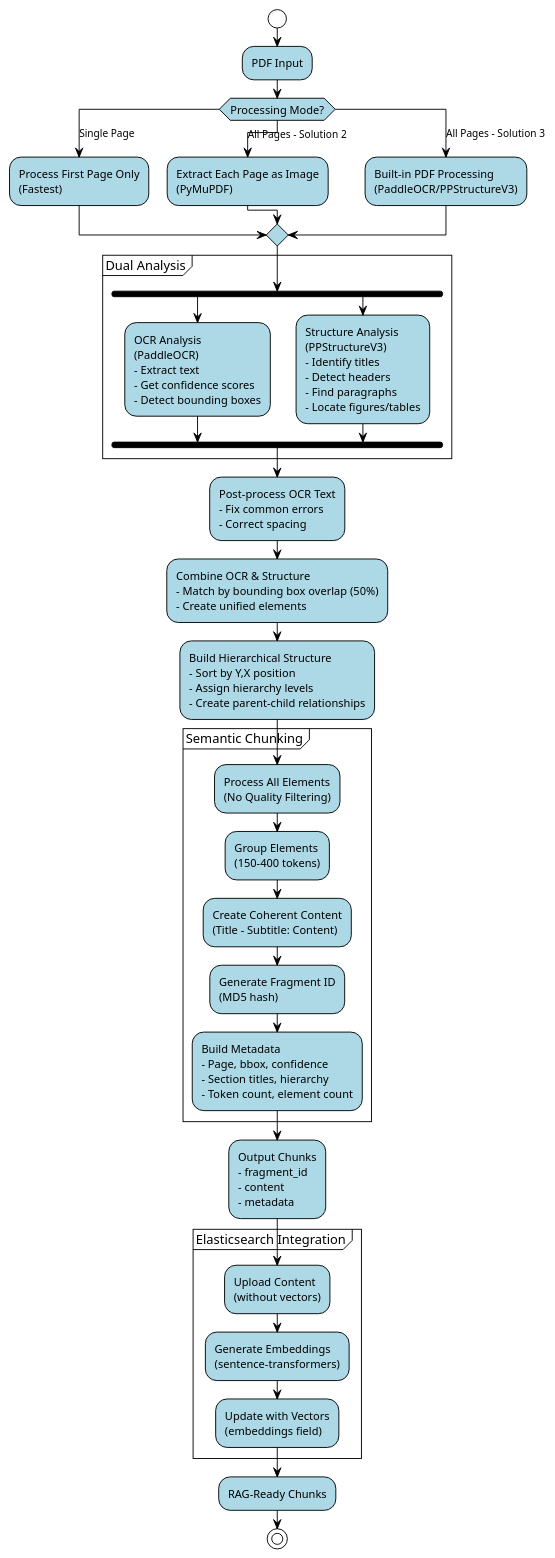
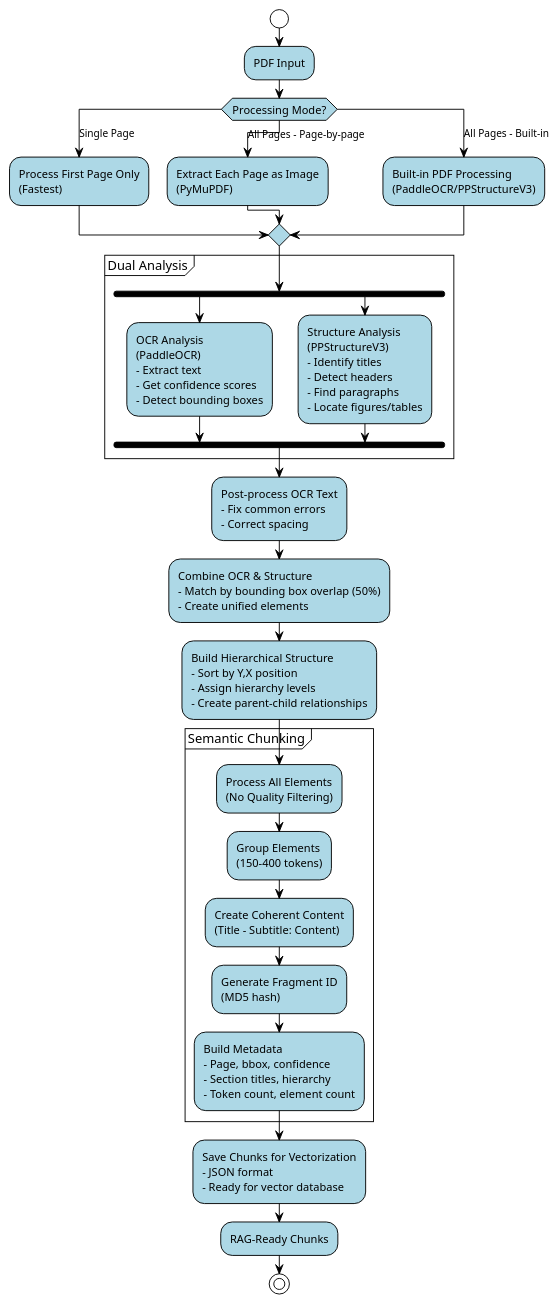
One commit to devulogi/customocr changed the diagram in diagrams/activity_diagram.puml. Above: the diagram before and after it, drawn with PlantUML. The commit also changed 3 other files, not shown here.

First line of the commit message:
docs: update diagrams to reflect final streamlined processing

```diff
--- a/diagrams/activity_diagram.puml
+++ b/diagrams/activity_diagram.puml
@@ -1,60 +1,54 @@
 @startuml Enhanced Document Processor Activity Diagram
 !theme plain
 skinparam activity {
     BackgroundColor lightblue
     BorderColor black
     FontSize 12
 }
 skinparam decision {
     BackgroundColor lightyellow
     BorderColor black
 }
 
 start
 
 :PDF Input;
 
 switch (Processing Mode?)
 case (Single Page)
     :Process First Page Only\n(Fastest);
-case (All Pages - Solution 2)
+case (All Pages - Page-by-page)
     :Extract Each Page as Image\n(PyMuPDF);
-case (All Pages - Solution 3)
+case (All Pages - Built-in)
     :Built-in PDF Processing\n(PaddleOCR/PPStructureV3);
 endswitch
 
 partition "Dual Analysis" {
     fork
         :OCR Analysis\n(PaddleOCR)\n- Extract text\n- Get confidence scores\n- Detect bounding boxes;
     fork again
         :Structure Analysis\n(PPStructureV3)\n- Identify titles\n- Detect headers\n- Find paragraphs\n- Locate figures/tables;
     end fork
 }
 
 :Post-process OCR Text\n- Fix common errors\n- Correct spacing;
 
 :Combine OCR & Structure\n- Match by bounding box overlap (50%)\n- Create unified elements;
 
 :Build Hierarchical Structure\n- Sort by Y,X position\n- Assign hierarchy levels\n- Create parent-child relationships;
 
 partition "Semantic Chunking" {
     :Process All Elements\n(No Quality Filtering);
     :Group Elements\n(150-400 tokens);
     :Create Coherent Content\n(Title - Subtitle: Content);
     :Generate Fragment ID\n(MD5 hash);
     :Build Metadata\n- Page, bbox, confidence\n- Section titles, hierarchy\n- Token count, element count;
 }
 
-:Output Chunks\n- fragment_id\n- content\n- metadata;
-
-partition "Elasticsearch Integration" {
-    :Upload Content\n(without vectors);
-    :Generate Embeddings\n(sentence-transformers);
-    :Update with Vectors\n(embeddings field);
-}
+:Save Chunks for Vectorization\n- JSON format\n- Ready for vector database;
 
 :RAG-Ready Chunks;
 
 stop
 
 @enduml
```
